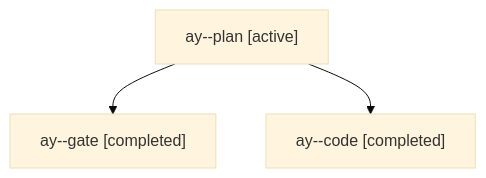
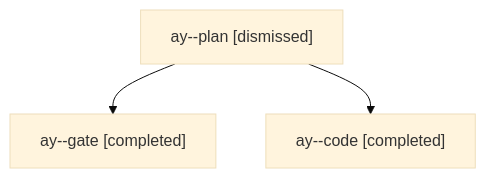
One commit to bobs-org/bob-cli--agents changed the diagram in sessions/bbugyi200.apollo.ay.md. Above: the diagram before and after it, drawn with Mermaid (base theme). The commit also changed other lines of this file and 24 other files, not shown here.

````diff
--- a/sessions/bbugyi200.apollo.ay.md
+++ b/sessions/bbugyi200.apollo.ay.md
@@ -9,8 +9,8 @@
 ```mermaid
 flowchart TD
-  n0["ay--plan [active]"]
+  n0["ay--plan [dismissed]"]
   n1["ay--gate [completed]"]
   n0 --> n1
   n2["ay--code [completed]"]
   n0 --> n2
 ```
````
